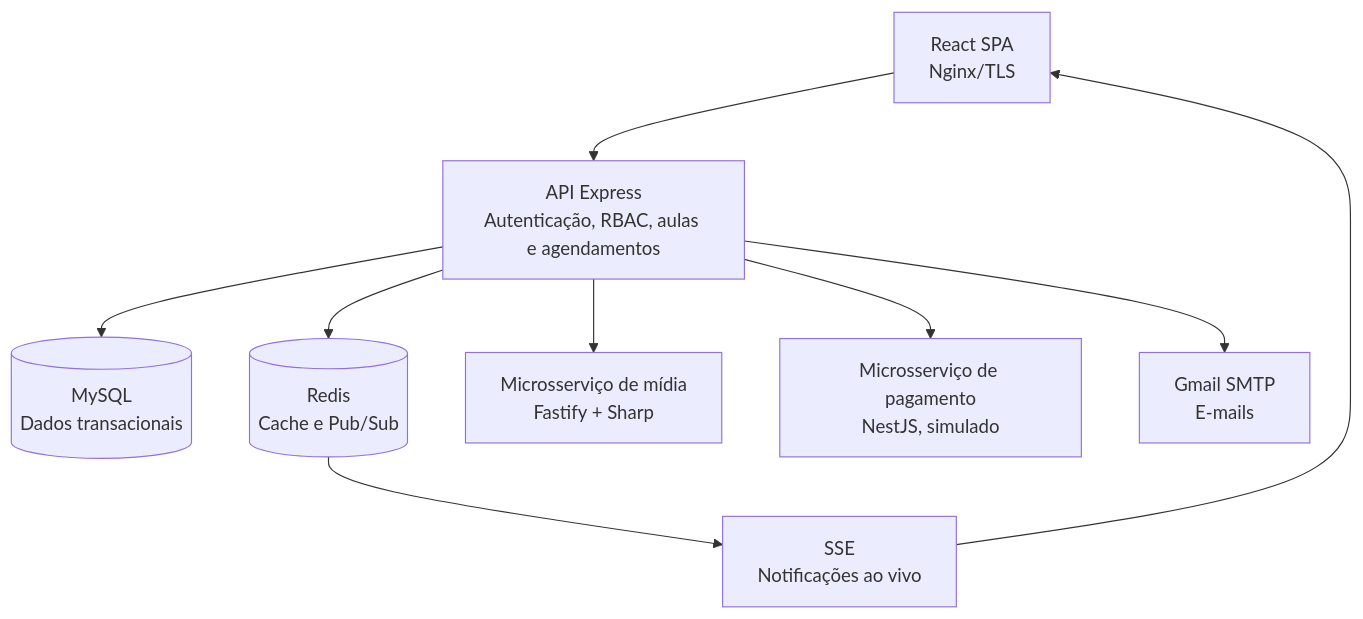
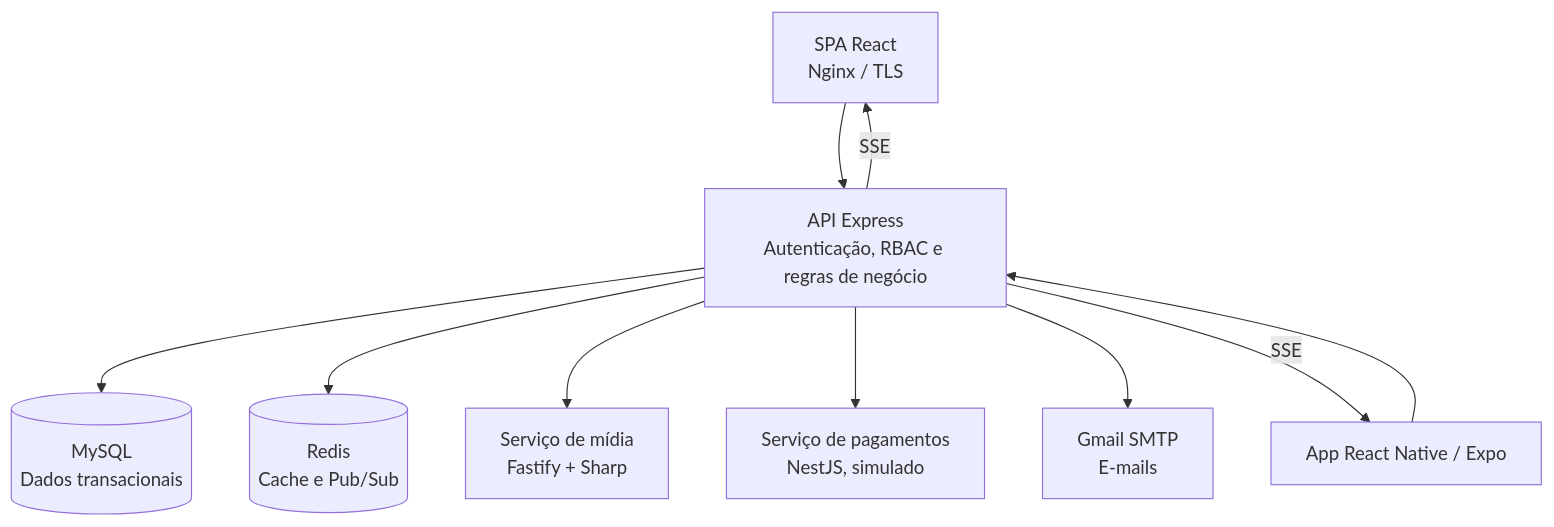
The second of 3 diagrams in docs/arquitetura.md (PHFogo/edulibre_docker1), drawn with Mermaid before and after one commit. The commit also changed other lines of this file and 3 other files, not shown here.

Commit message:
docs: complete architecture and operations rubric

````diff
--- a/docs/arquitetura.md
+++ b/docs/arquitetura.md
@@ -18,11 +17,12 @@
 ```mermaid
 flowchart TB
-  browser[React SPA\nNginx/TLS] --> api[API Express\nAutenticação, RBAC, aulas e agendamentos]
+  browser[SPA React\nNginx / TLS] --> api[API Express\nAutenticação, RBAC e regras de negócio]
+  mobile[App React Native / Expo] --> api
   api --> mysql[(MySQL\nDados transacionais)]
   api --> redis[(Redis\nCache e Pub/Sub)]
-  api --> media[Microsserviço de mídia\nFastify + Sharp]
-  api --> payment[Microsserviço de pagamento\nNestJS, simulado]
+  api --> media[Serviço de mídia\nFastify + Sharp]
+  api --> payment[Serviço de pagamentos\nNestJS, simulado]
   api --> smtp[Gmail SMTP\nE-mails]
-  redis --> sse[SSE\nNotificações ao vivo]
-  sse --> browser
+  api -->|SSE| browser
+  api -->|SSE| mobile
 ```
````
